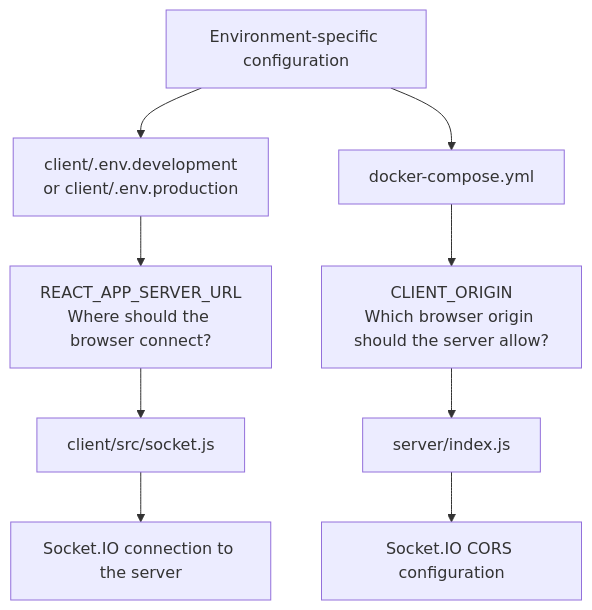
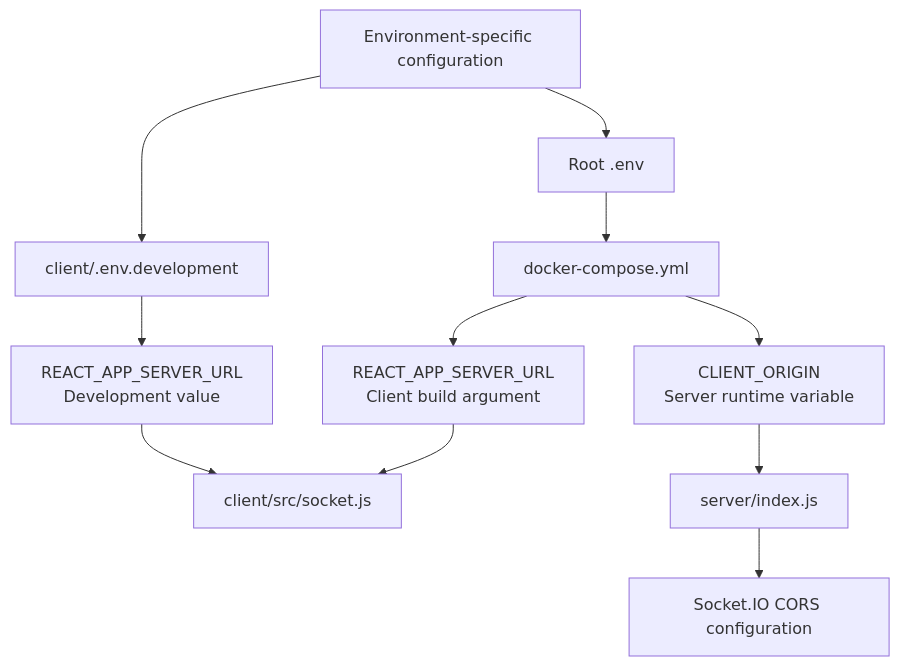
One commit to Gearsik/madiao changed the first of 2 diagrams in docs/technical/environment-configuration.md. Above: the diagram before and after it, drawn with Mermaid. The commit also changed other lines of this file and 16 other files, not shown here.

Commit message:
updates to the documentation that included the addition of HTTPS, also updated the other pages with documentation now being a part of the docker compose set up

````diff
--- a/docs/technical/environment-configuration.md
+++ b/docs/technical/environment-configuration.md
@@ -50,14 +60,19 @@
 ```mermaid
 flowchart TD
     Config["Environment-specific configuration"]
 
-    Config --> ClientFiles["client/.env.development<br/>or client/.env.production"]
-    ClientFiles --> ClientVar["REACT_APP_SERVER_URL<br/>Where should the browser connect?"]
-    ClientVar --> Socket["client/src/socket.js"]
-    Socket --> Connection["Socket.IO connection to the server"]
+    Config --> Dev["client/.env.development"]
+    Dev --> DevVar["REACT_APP_SERVER_URL<br/>Development value"]
 
-    Config --> Compose["docker-compose.yml"]
-    Compose --> ServerVar["CLIENT_ORIGIN<br/>Which browser origin should the server allow?"]
+    Config --> RootEnv["Root .env"]
+    RootEnv --> Compose["docker-compose.yml"]
+
+    DevVar --> Socket["client/src/socket.js"]
+
+    Compose --> ClientArg["REACT_APP_SERVER_URL<br/>Client build argument"]
+    ClientArg --> Socket
+
+    Compose --> ServerVar["CLIENT_ORIGIN<br/>Server runtime variable"]
     ServerVar --> Server["server/index.js"]
     Server --> Cors["Socket.IO CORS configuration"]
 ```
````
